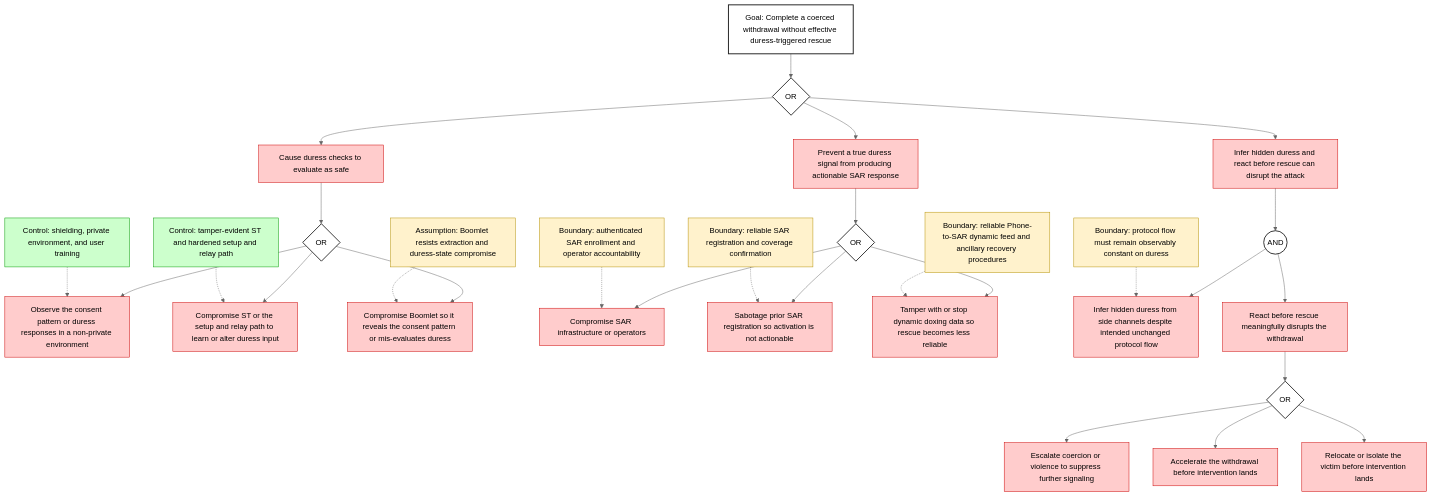
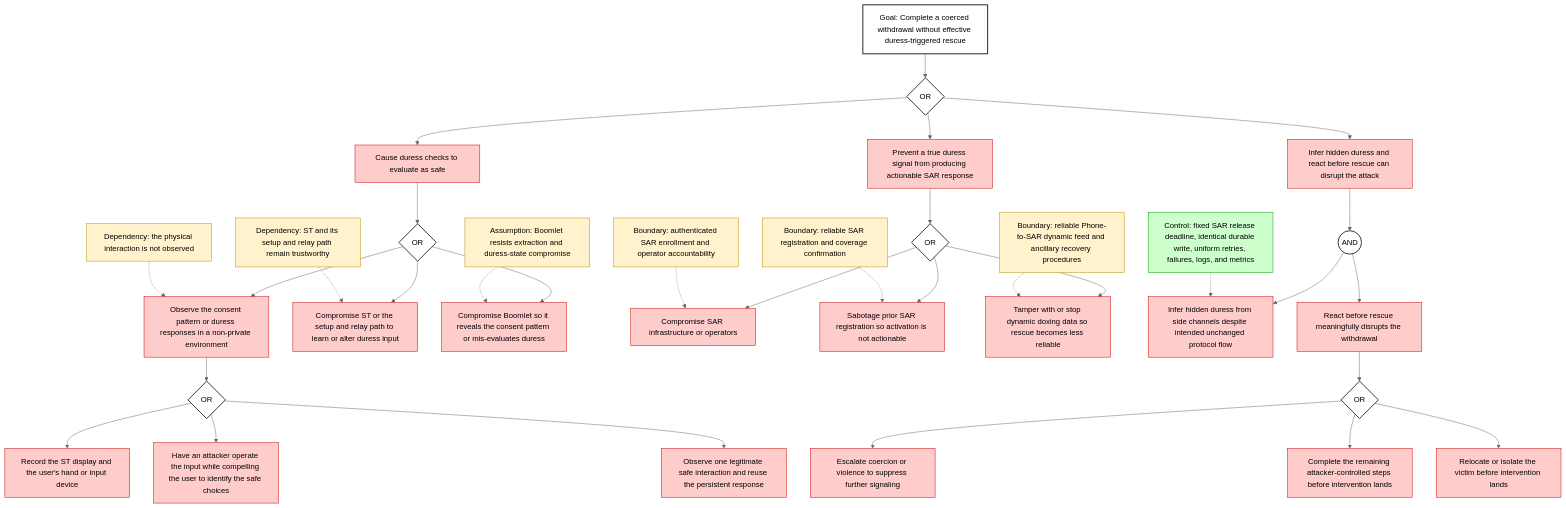
Before and after one commit to cogwheel26/boomerang_design: the fourth of 7 diagrams in security_models/attack_trees.md, drawn with Mermaid (neutral theme). The commit also changed other lines of this file and 7 other files, not shown here.

````diff
--- a/security_models/attack_trees.md
+++ b/security_models/attack_trees.md
@@ -233,61 +205,53 @@
 ```mermaid
 flowchart TD
   A["Goal: Complete a coerced withdrawal without effective duress-triggered rescue"] --> OR0{OR}
 
   OR0 --> B["Cause duress checks to evaluate as safe"]
   OR0 --> C["Prevent a true duress signal from producing actionable SAR response"]
   OR0 --> D["Infer hidden duress and react before rescue can disrupt the attack"]
 
-  %% ----------------------------
-  %% 1) Make duress appear safe
-  %% ----------------------------
   B --> OR1{OR}
   OR1 --> B1["Observe the consent pattern or duress responses in a non-private environment"]
   OR1 --> B2["Compromise ST or the setup and relay path to learn or alter duress input"]
   OR1 --> B3["Compromise Boomlet so it reveals the consent pattern or mis-evaluates duress"]
 
-  %% ----------------------------
-  %% 2) True duress is generated, but SAR response is neutralized
-  %% ----------------------------
+  B1 --> OR4{OR}
+  OR4 --> B1a["Record the ST display and the user's hand or input device"]
+  OR4 --> B1b["Have an attacker operate the input while compelling the user to identify the safe choices"]
+  OR4 --> B1c["Observe one legitimate safe interaction and reuse the persistent response"]
+
   C --> OR2{OR}
   OR2 --> C1["Compromise SAR infrastructure or operators"]
   OR2 --> C2["Sabotage prior SAR registration so activation is not actionable"]
   OR2 --> C3["Tamper with or stop dynamic doxing data so rescue becomes less reliable"]
 
-  %% ----------------------------
-  %% 3) Duress stays hidden in protocol flow, but attacker infers it anyway
-  %% ----------------------------
   D --> AND1((AND))
   AND1 --> D1["Infer hidden duress from side channels despite intended unchanged protocol flow"]
   AND1 --> D2["React before rescue meaningfully disrupts the withdrawal"]
 
   D2 --> OR3{OR}
   OR3 --> D2a["Escalate coercion or violence to suppress further signaling"]
-  OR3 --> D2b["Accelerate the withdrawal before intervention lands"]
+  OR3 --> D2b["Complete the remaining attacker-controlled steps before intervention lands"]
   OR3 --> D2c["Relocate or isolate the victim before intervention lands"]
 
-  %% ----------------------------
-  %% Controls and open items
-  %% ----------------------------
-  E1["Control: shielding, private environment, and user training"] -.-> B1
-  E2["Control: tamper-evident ST and hardened setup and relay path"] -.-> B2
+  E1["Dependency: the physical interaction is not observed"] -.-> B1
+  E2["Dependency: ST and its setup and relay path remain trustworthy"] -.-> B2
   E3["Assumption: Boomlet resists extraction and duress-state compromise"] -.-> B3
   E4["Boundary: authenticated SAR enrollment and operator accountability"] -.-> C1
   E5["Boundary: reliable SAR registration and coverage confirmation"] -.-> C2
   E6["Boundary: reliable Phone-to-SAR dynamic feed and ancillary recovery procedures"] -.-> C3
-  E7["Boundary: protocol flow must remain observably constant on duress"] -.-> D1
+  E7["Control: fixed SAR release deadline, identical durable write, uniform retries, failures, logs, and metrics"] -.-> D1
 
-  %% Styles
   classDef goal fill:#ffffff,stroke:#222,stroke-width:2px,color:#000;
   classDef attack fill:#ffcccc,stroke:#cc0000,color:#000;
   classDef control fill:#ccffcc,stroke:#009900,color:#000;
   classDef open fill:#fff2cc,stroke:#b38f00,color:#000;
   classDef gate fill:#ffffff,stroke:#333,stroke-width:2px,color:#000;
 
   class A goal;
-  class B,C,D,B1,B2,B3,C1,C2,C3,D1,D2,D2a,D2b,D2c attack;
-  class E1,E2 control;
-  class E3,E4,E5,E6,E7 open;
-  class OR0,OR1,OR2,OR3,AND1 gate;
+  class B,C,D,B1,B1a,B1b,B1c,B2,B3,C1,C2,C3,D1,D2,D2a,D2b,D2c attack;
+  class E7 control;
+  class E1,E2,E3,E4,E5,E6 open;
+  class OR0,OR1,OR2,OR3,OR4,AND1 gate;
 
 ```
````
